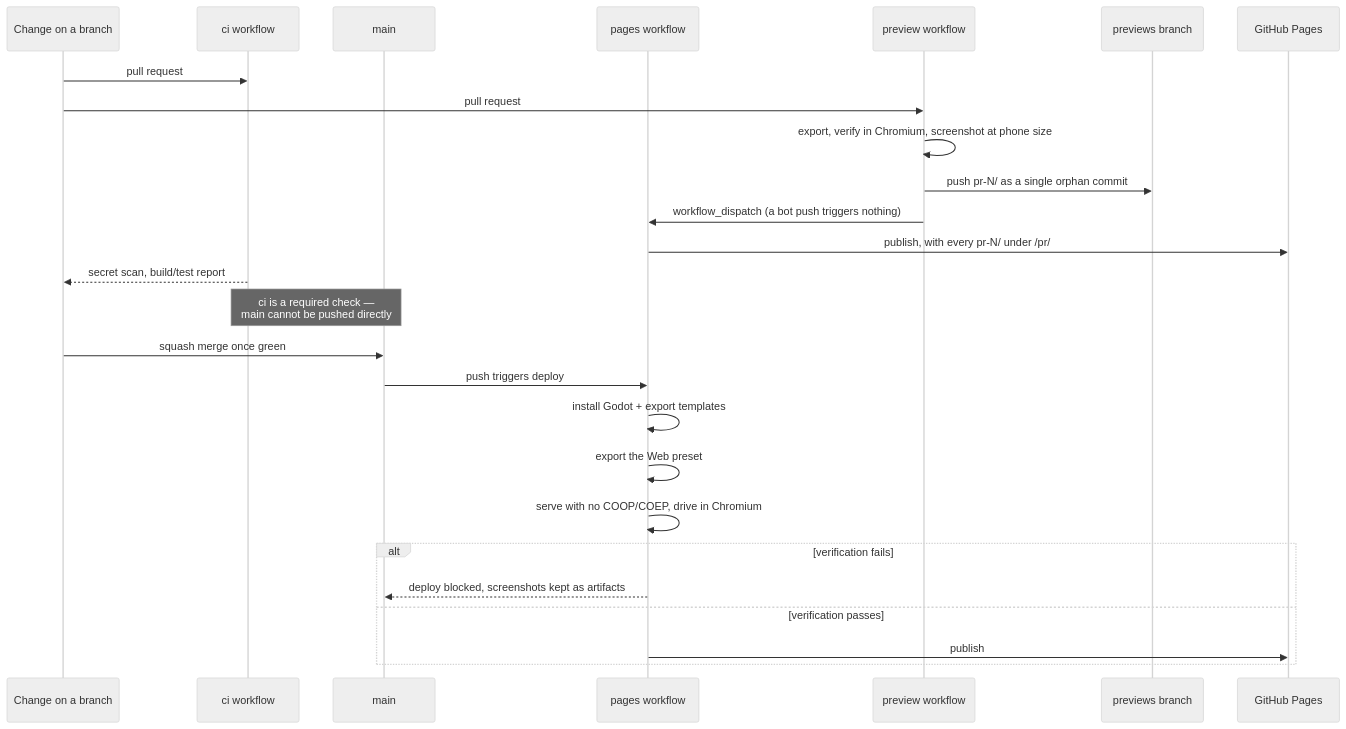
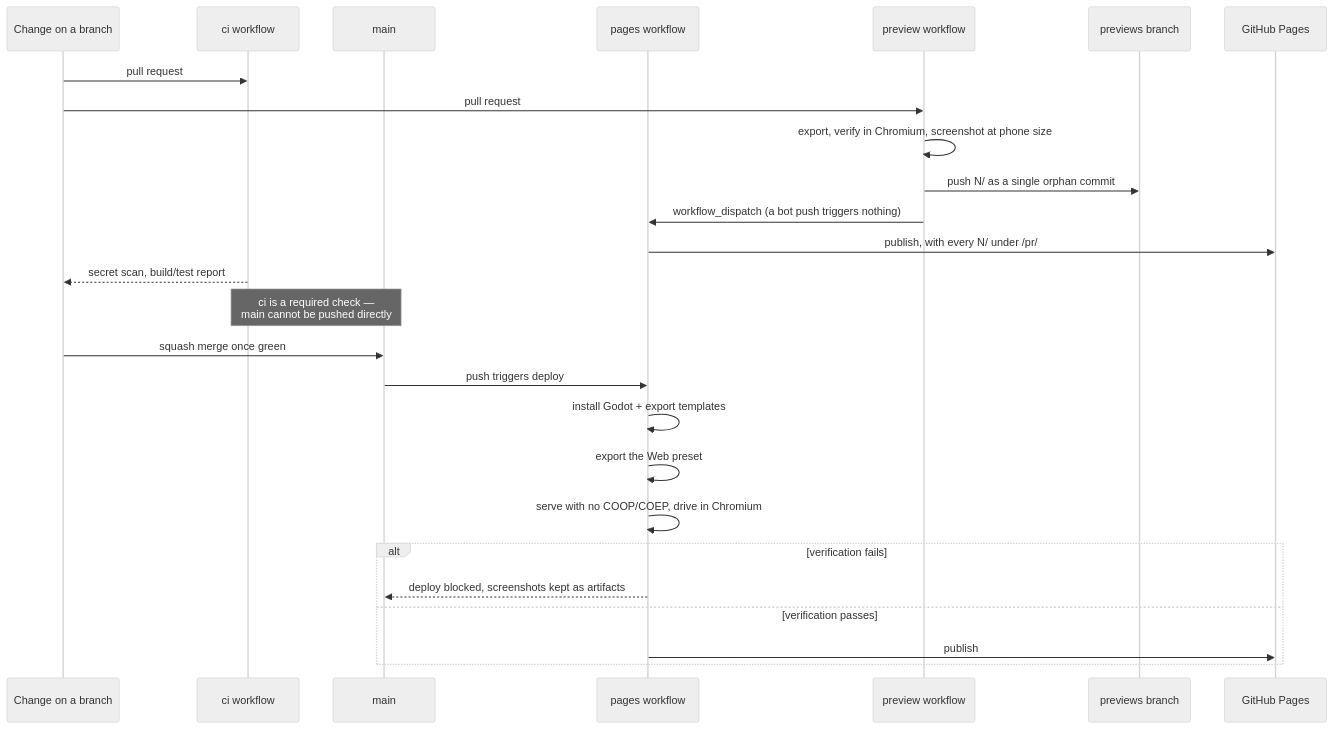
One commit to CoderCoop/CrumplZone changed the fourth of 5 diagrams in ARCHITECTURE.md. Above: the diagram before and after it, drawn with Mermaid (neutral theme). The commit also changed other lines of this file and 2 other files, not shown here.

First line of the commit message:
fix: a preview is served at /pr/<n>/, where its comment says it is (#73)

````diff
--- a/ARCHITECTURE.md
+++ b/ARCHITECTURE.md
@@ -378,29 +378,29 @@
 ```mermaid
 sequenceDiagram
     participant dev as Change on a branch
     participant ci as ci workflow
     participant main
     participant pagesjob as pages workflow
     participant preview as preview workflow
     participant previews as previews branch
     participant site as GitHub Pages
 
     dev->>ci: pull request
     dev->>preview: pull request
     preview->>preview: export, verify in Chromium, screenshot at phone size
-    preview->>previews: push pr-N/ as a single orphan commit
+    preview->>previews: push N/ as a single orphan commit
     preview->>pagesjob: workflow_dispatch (a bot push triggers nothing)
-    pagesjob->>site: publish, with every pr-N/ under /pr/
+    pagesjob->>site: publish, with every N/ under /pr/
     ci-->>dev: secret scan, build/test report
     Note over ci,main: ci is a required check —<br/>main cannot be pushed directly
     dev->>main: squash merge once green
     main->>pagesjob: push triggers deploy
     pagesjob->>pagesjob: install Godot + export templates
     pagesjob->>pagesjob: export the Web preset
     pagesjob->>pagesjob: serve with no COOP/COEP, drive in Chromium
     alt verification fails
         pagesjob-->>main: deploy blocked, screenshots kept as artifacts
     else verification passes
         pagesjob->>site: publish
     end
 ```
````
